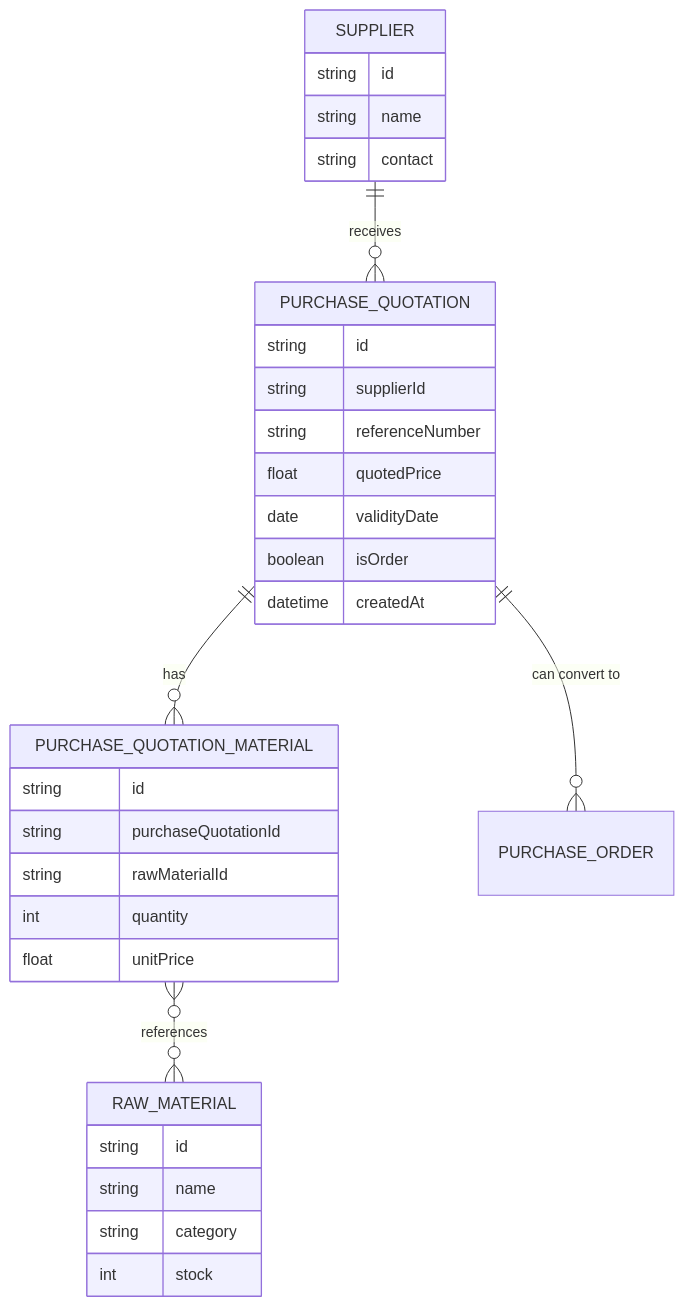
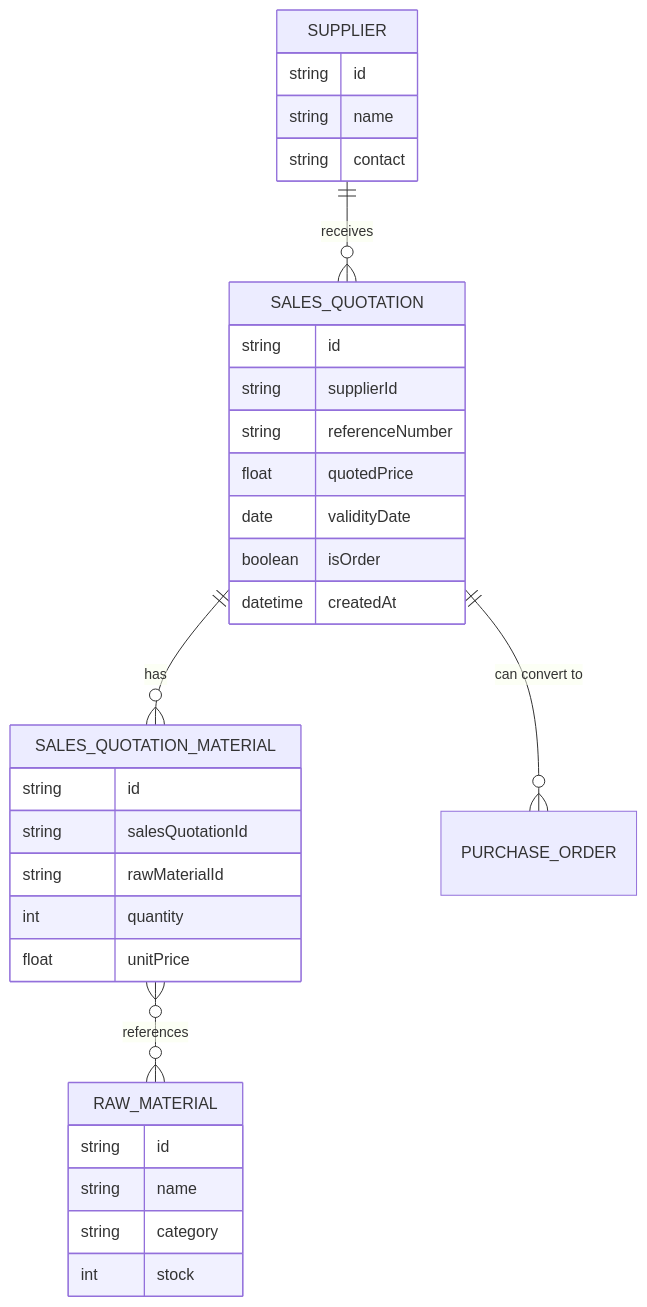
The diagram in docs/erd_purchase_quotation_comprehensive.mmd (vincenikolai/ecommerce-adminn), drawn with Mermaid before and after one commit. The commit also changed 3 other files, not shown here.

Commit message:
docs: rename PurchaseQuotation -> SalesQuotation across ERDs

```diff
--- a/docs/erd_purchase_quotation_comprehensive.mmd
+++ b/docs/erd_purchase_quotation_comprehensive.mmd
@@ -1,35 +1,35 @@
 %% Purchase Quotation Subsystem (Comprehensive)
 erDiagram
-  PURCHASE_QUOTATION {
+  SALES_QUOTATION {
     string id
     string supplierId
     string referenceNumber
     float quotedPrice
     date validityDate
     boolean isOrder
     datetime createdAt
   }
-  PURCHASE_QUOTATION_MATERIAL {
+  SALES_QUOTATION_MATERIAL {
     string id
-    string purchaseQuotationId
+    string salesQuotationId
     string rawMaterialId
     int quantity
     float unitPrice
   }
   SUPPLIER {
     string id
     string name
     string contact
   }
   RAW_MATERIAL {
     string id
     string name
     string category
     int stock
   }
 
-  SUPPLIER ||--o{ PURCHASE_QUOTATION : "receives"
-  PURCHASE_QUOTATION ||--o{ PURCHASE_QUOTATION_MATERIAL : "has"
-  PURCHASE_QUOTATION_MATERIAL }o--o{ RAW_MATERIAL : "references"
-  %% PurchaseQuotation may convert to PurchaseOrder
-  PURCHASE_QUOTATION ||--o{ PURCHASE_ORDER : "can convert to"
+  SUPPLIER ||--o{ SALES_QUOTATION : "receives"
+  SALES_QUOTATION ||--o{ SALES_QUOTATION_MATERIAL : "has"
+  SALES_QUOTATION_MATERIAL }o--o{ RAW_MATERIAL : "references"
+  %% SalesQuotation may convert to PurchaseOrder
+  SALES_QUOTATION ||--o{ PURCHASE_ORDER : "can convert to"
```
